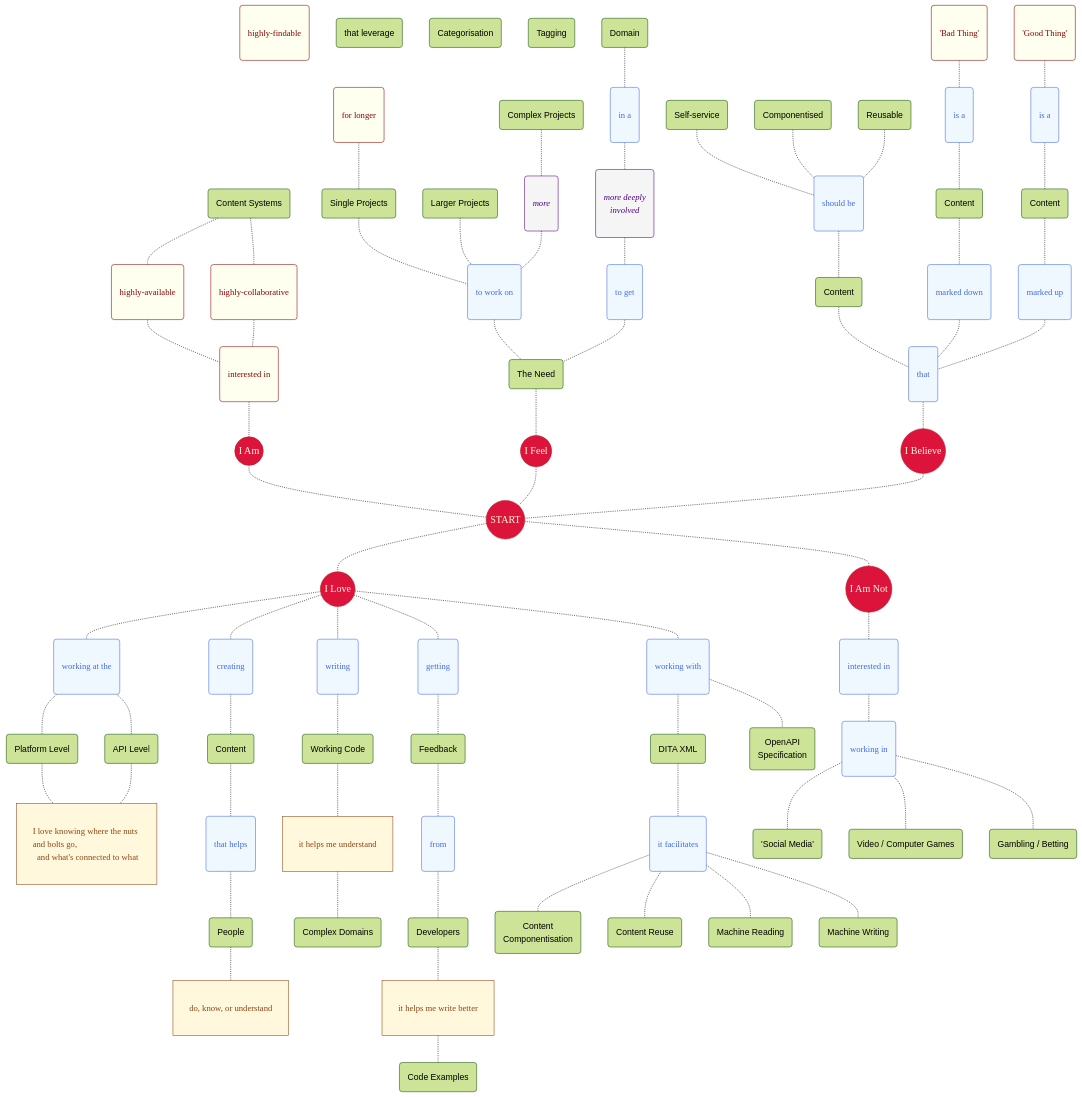
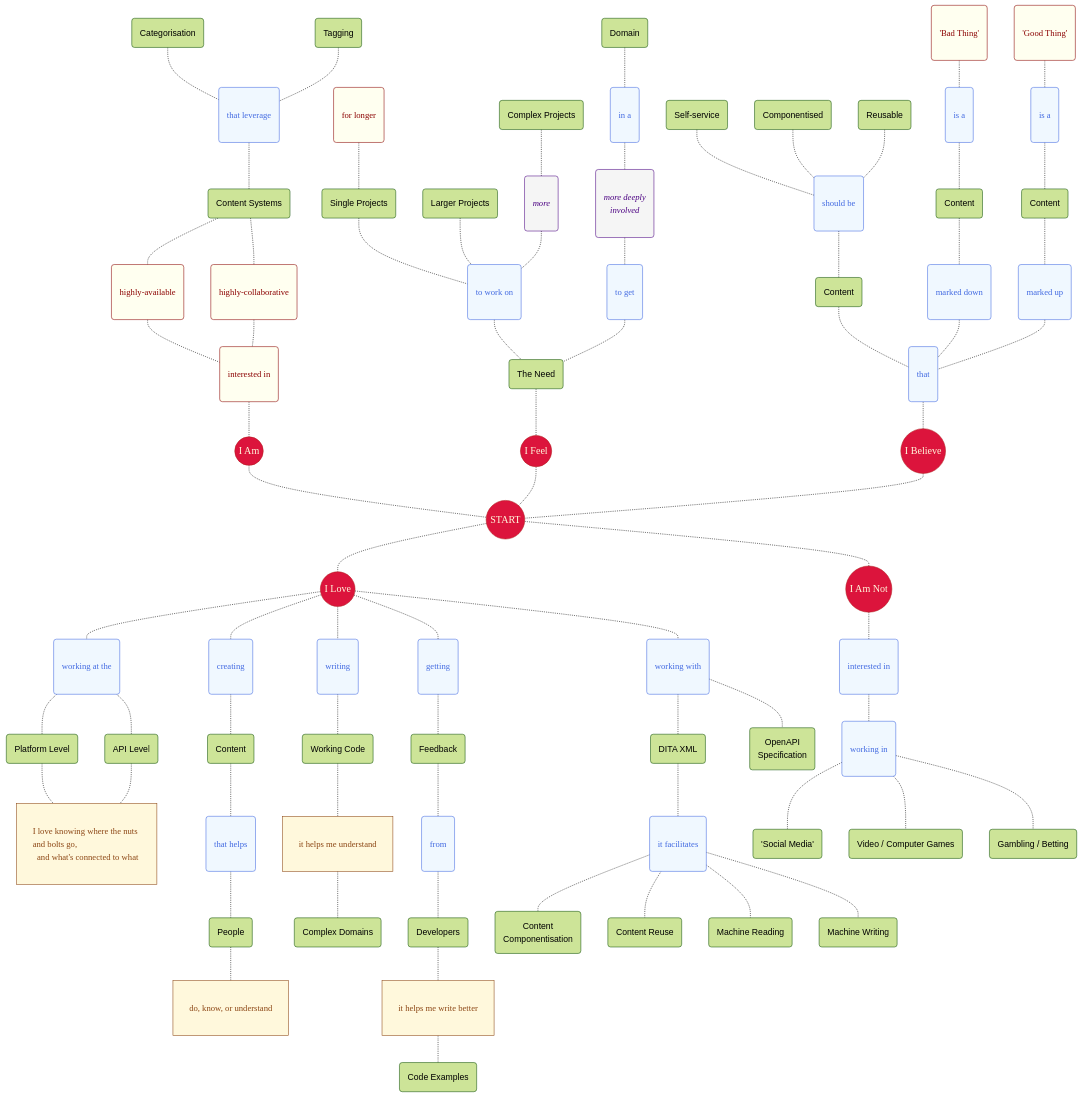
Before and after one commit to joe-dorward/samples: the diagram in my_mermaid_mindmap.md, drawn with Mermaid.

```diff
--- a/my_mermaid_mindmap.md
+++ b/my_mermaid_mindmap.md
@@ -14,7 +14,7 @@
 
   INTERESTED_IN("interested in")
   HIGHLY_AVAILABLE("highly-available")
-  HIGHLY_FINDABLE("highly-findable")
+  %%HIGHLY_FINDABLE("highly-findable")
   HIGHLY_COLABORATIVE("highly-collaborative")
   CONTENT_SYSTEMS("Content Systems")
   THAT_LEVERAGE("that leverage")
@@ -22,8 +22,13 @@
   TAGGING("Tagging")
 
   class INTERESTED_IN,HIGHLY_AVAILABLE,HIGHLY_FINDABLE,HIGHLY_COLABORATIVE Adjective;
+  class THAT_LEVERAGE Verb;
 
-  CONTENT_SYSTEMS-.-HIGHLY_AVAILABLE-.-INTERESTED_IN
+
+  CATEGORISATION-.-THAT_LEVERAGE
+  TAGGING-.-THAT_LEVERAGE
+
+  THAT_LEVERAGE-.-CONTENT_SYSTEMS-.-HIGHLY_AVAILABLE-.-INTERESTED_IN
   %%CONTENT_SYSTEMS-.-HIGHLY_FINDABLE-.-INTERESTED_IN
   CONTENT_SYSTEMS-.-HIGHLY_COLABORATIVE-.-INTERESTED_IN
 
```
